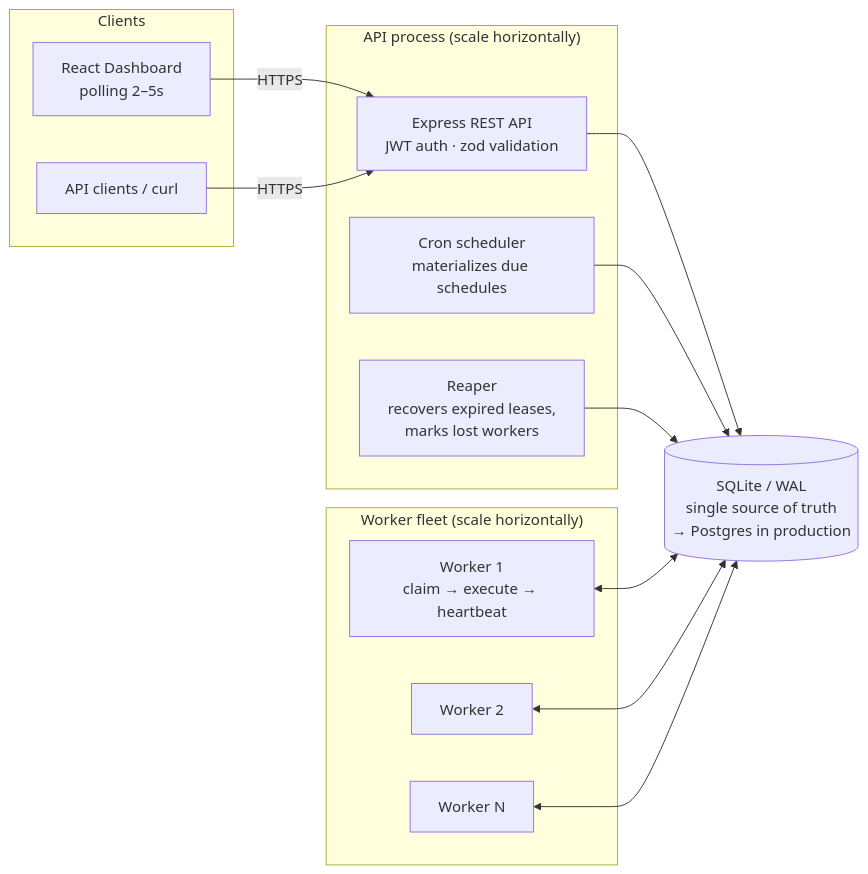
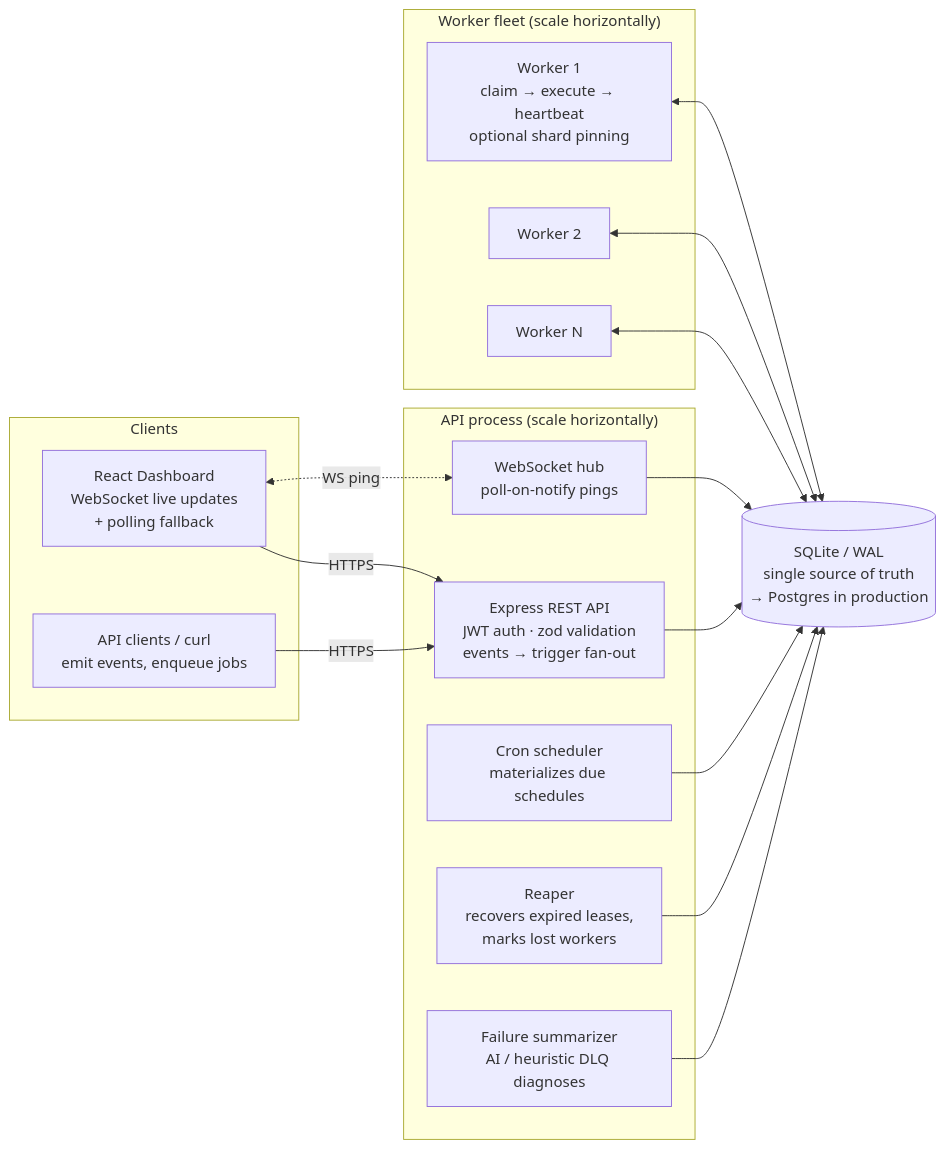
One commit to kraken222/distributed-job-scheduler changed the first of 2 diagrams in docs/architecture.md. Above: the diagram before and after it, drawn with Mermaid. The commit also changed other lines of this file and 40 other files, not shown here.

First line of the commit message:
Add all eight bonus features: workflows, rate limiting, sharding, events, WebSockets, AI failure summaries

````diff
--- a/docs/architecture.md
+++ b/docs/architecture.md
@@ -7,30 +7,35 @@
 ```mermaid
 flowchart LR
     subgraph Clients
-        UI[React Dashboard<br/>polling 2–5s]
-        CLI[API clients / curl]
+        UI[React Dashboard<br/>WebSocket live updates<br/>+ polling fallback]
+        CLI[API clients / curl<br/>emit events, enqueue jobs]
     end
 
     subgraph API["API process (scale horizontally)"]
-        REST[Express REST API<br/>JWT auth · zod validation]
+        REST[Express REST API<br/>JWT auth · zod validation<br/>events → trigger fan-out]
+        WS[WebSocket hub<br/>poll-on-notify pings]
         SCHED[Cron scheduler<br/>materializes due schedules]
         REAPER[Reaper<br/>recovers expired leases,<br/>marks lost workers]
+        SUMM[Failure summarizer<br/>AI / heuristic DLQ diagnoses]
     end
 
     subgraph Workers["Worker fleet (scale horizontally)"]
-        W1[Worker 1<br/>claim → execute → heartbeat]
+        W1[Worker 1<br/>claim → execute → heartbeat<br/>optional shard pinning]
         W2[Worker 2]
         WN[Worker N]
     end
 
     DB[(SQLite / WAL<br/>single source of truth<br/>→ Postgres in production)]
 
     UI -->|HTTPS| REST
+    UI <-.->|WS ping| WS
     CLI -->|HTTPS| REST
     REST --> DB
+    WS --> DB
     SCHED --> DB
     REAPER --> DB
+    SUMM --> DB
     W1 <--> DB
     W2 <--> DB
     WN <--> DB
 ```
````
